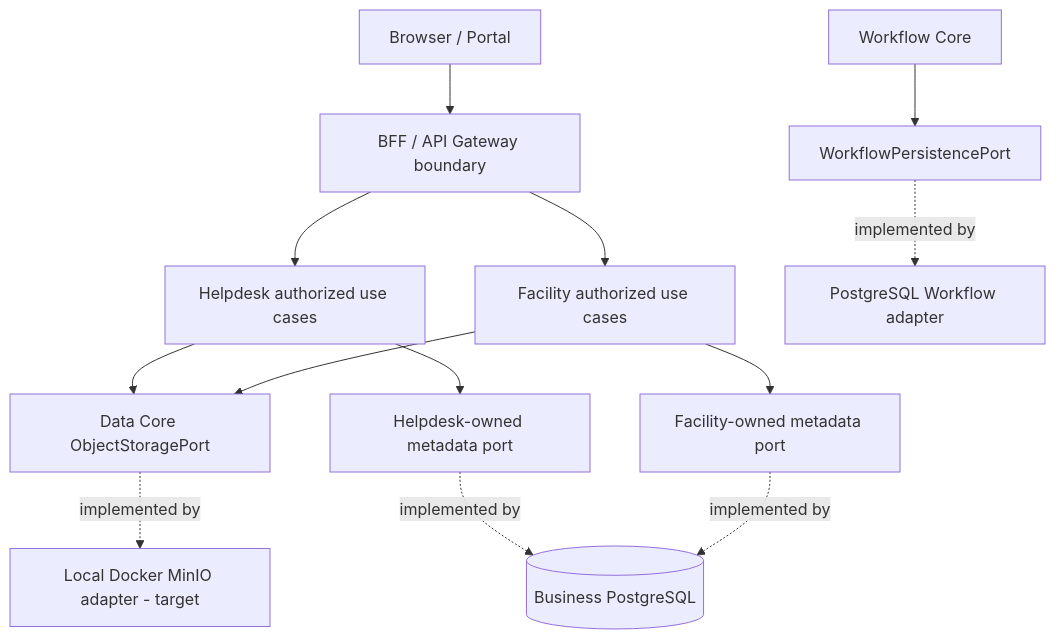
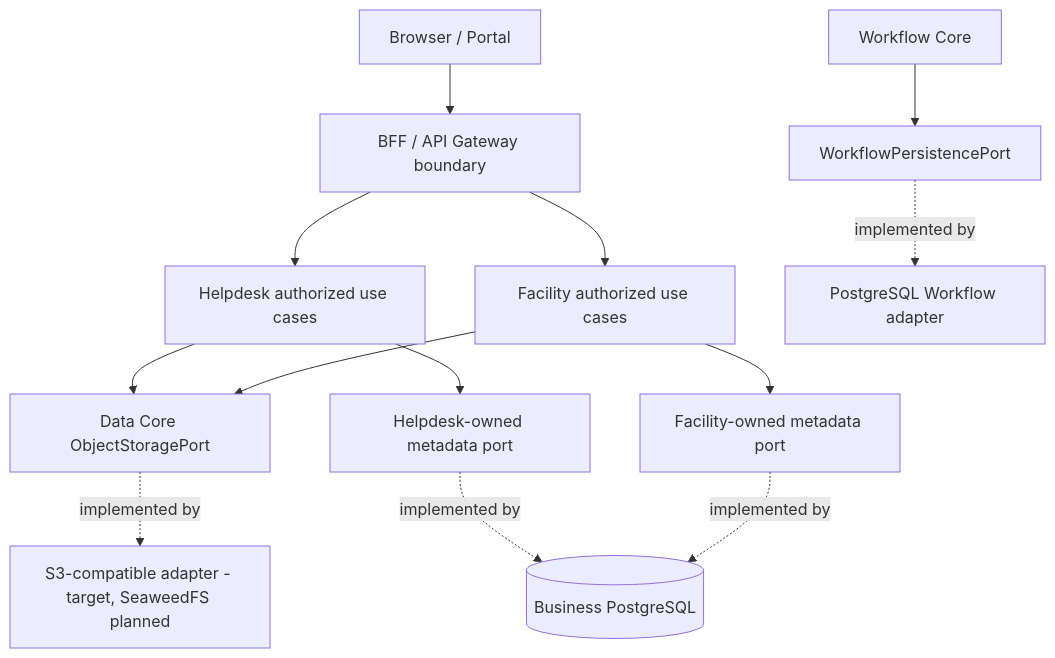
One commit to lexuanbao258-collab/opentrix-contributors-test changed the diagram in docs/02-core/data/data-architecture.md. Above: the diagram before and after it, drawn with Mermaid. The commit also changed other lines of this file and 35 other files, not shown here.

````diff
--- a/docs/02-core/data/data-architecture.md
+++ b/docs/02-core/data/data-architecture.md
@@ -103,15 +103,15 @@
 ```mermaid
 flowchart TB
   Browser[Browser / Portal] --> BFF[BFF / API Gateway boundary]
   BFF --> H[Helpdesk authorized use cases]
   BFF --> F[Facility authorized use cases]
   H --> P[Data Core ObjectStoragePort]
   F --> P
   H --> HR[Helpdesk-owned metadata port]
   F --> FR[Facility-owned metadata port]
-  P -. implemented by .-> MinIO[Local Docker MinIO adapter - target]
+  P -. implemented by .-> ObjStore[S3-compatible adapter - target, SeaweedFS planned]
   HR -. implemented by .-> DB[(Business PostgreSQL)]
   FR -. implemented by .-> DB
   W[Workflow Core] --> WP[WorkflowPersistencePort]
   WP -. implemented by .-> PG[PostgreSQL Workflow adapter]
 ```
````
